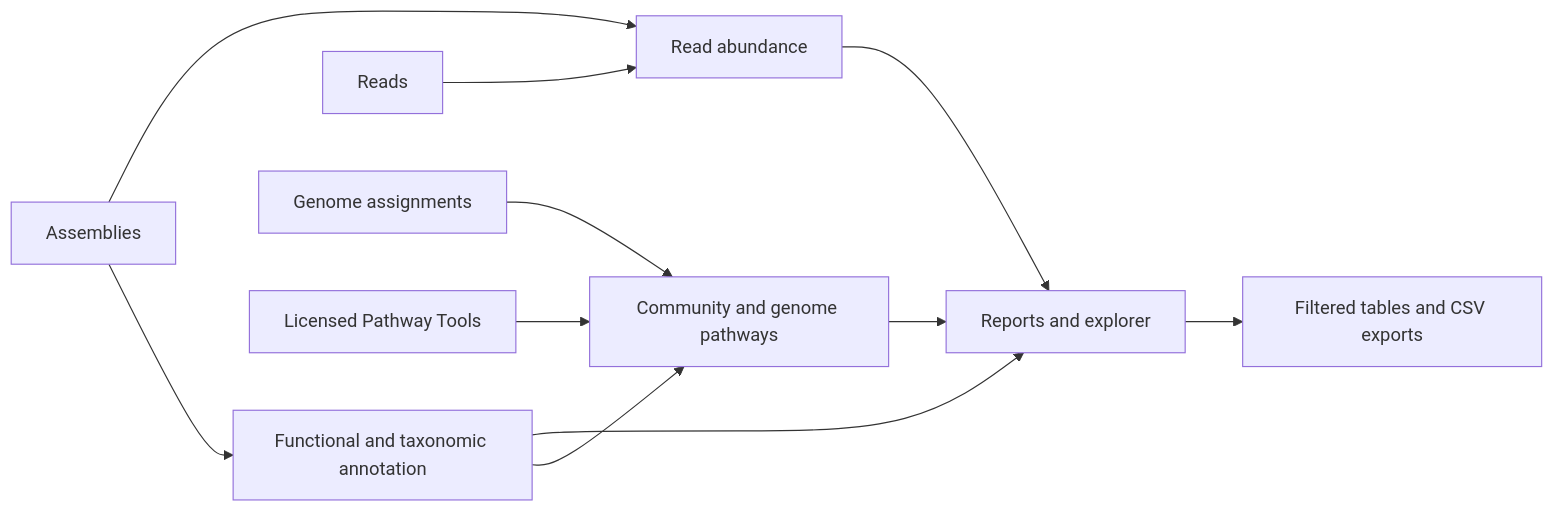
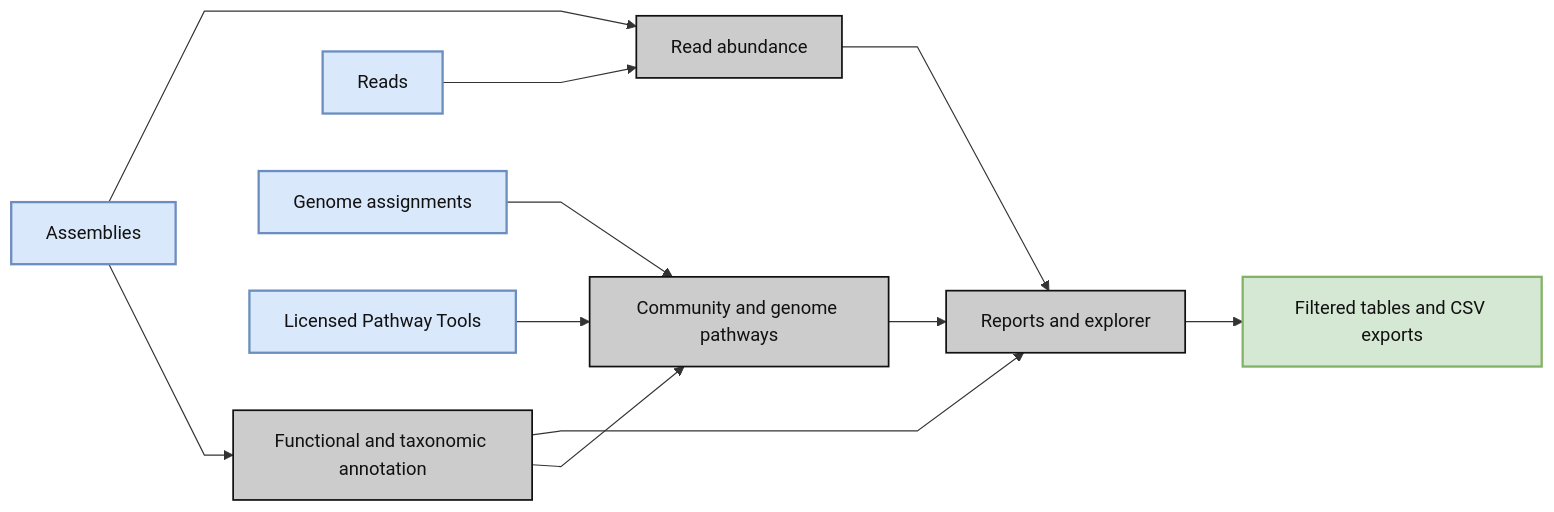
The diagram in README.md (hallamlab/MetaPathways), drawn with Mermaid before and after one commit. The commit also changed other lines of this file and 10 other files, not shown here.

Commit message:
Adapt appnote workflow SVG and align documentation diagram styling

````diff
--- a/README.md
+++ b/README.md
@@ -75,13 +81,22 @@
 ```mermaid
+%%{init: {"theme":"base","fontFamily":"Times New Roman, Times, serif","themeVariables":{"fontFamily":"Times New Roman, Times, serif","fontSize":"16px","primaryColor":"#CCCCCC","primaryTextColor":"#111111","primaryBorderColor":"#666666","secondaryColor":"#DAE8FC","tertiaryColor":"#F5F5F5","lineColor":"#333333","edgeLabelBackground":"#FFFFFF","background":"#FFFFFF"},"flowchart":{"htmlLabels":false,"curve":"linear"}}}%%
 flowchart LR
     A[Assemblies] --> B[Functional and taxonomic annotation]
     R[Reads] --> C[Read abundance]
     A --> C
     B --> D[Community and genome pathways]
     G[Genome assignments] --> D
     P[Licensed Pathway Tools] --> D
     B --> E[Reports and explorer]
     C --> E
     D --> E
     E --> F[Filtered tables and CSV exports]
+    classDef module fill:#CCCCCC,stroke:#111111,stroke-width:1.5px,color:#111111;
+    classDef compute fill:#F5F5F5,stroke:#666666,stroke-width:2px,color:#111111;
+    classDef input fill:#DAE8FC,stroke:#6C8EBF,stroke-width:2px,color:#111111;
+    classDef output fill:#D5E8D4,stroke:#82B366,stroke-width:2px,color:#111111;
+    classDef data fill:#FFFFFF,stroke:#666666,stroke-width:1.5px,color:#111111;
+    class A,R,G,P input;
+    class B,C,D,E module;
+    class F output;
 ```
````
